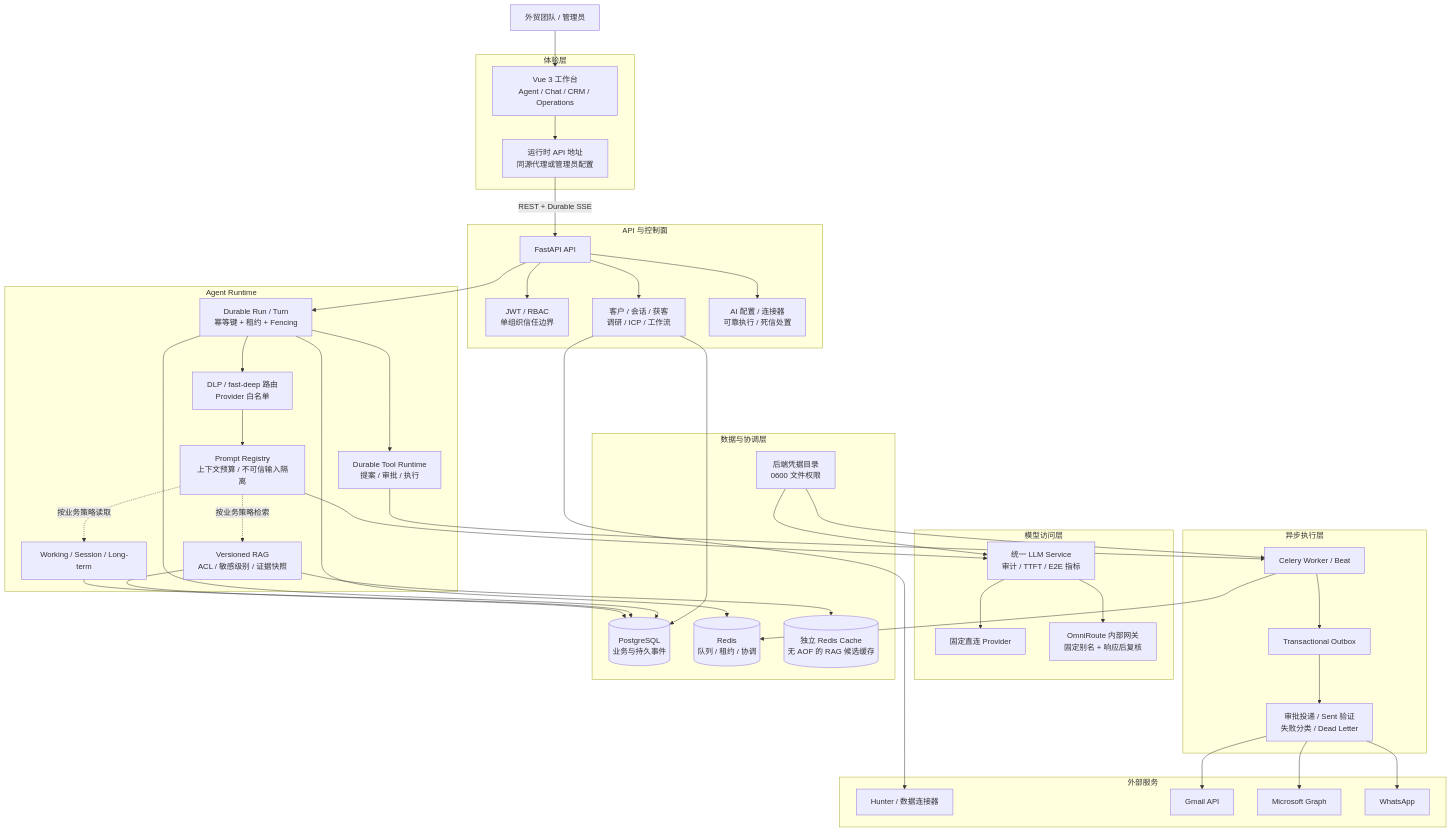
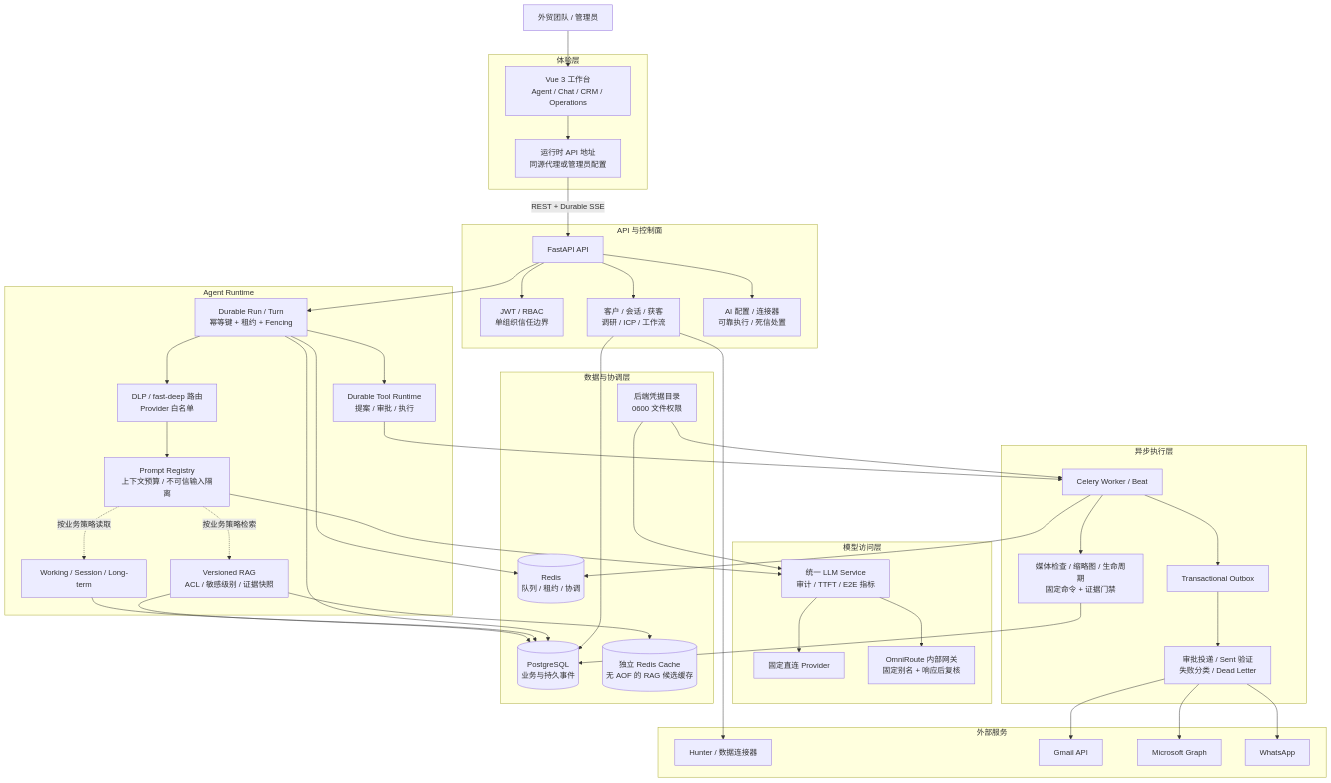
The first of 3 diagrams in README.md (xcj9636/wm-B-agent), drawn with Mermaid before and after one commit. The commit also changed other lines of this file and 1 other file, not shown here.

Commit message:
docs: complete media asset governance step

```diff
--- a/README.md
+++ b/README.md
@@ -96,6 +97,7 @@
         CELERY["Celery Worker / Beat"]
         OUTBOX["Transactional Outbox"]
         DELIVERY["审批投递 / Sent 验证<br/>失败分类 / Dead Letter"]
+        MEDIA["媒体检查 / 缩略图 / 生命周期<br/>固定命令 + 证据门禁"]
     end
 
     subgraph DATA["数据与协调层"]
@@ -127,6 +129,7 @@
     LLM --> DIRECT
     LLM --> OMNI
     TOOLS --> CELERY --> OUTBOX --> DELIVERY
+    CELERY --> MEDIA
 
     BUSINESS --> PG
     RUN --> PG
@@ -137,6 +140,7 @@
     RAG --> CACHE
     SECRETS --> LLM
     SECRETS --> CELERY
+    MEDIA --> PG
 
     BUSINESS --> HUNTER
     DELIVERY --> GMAIL
```
